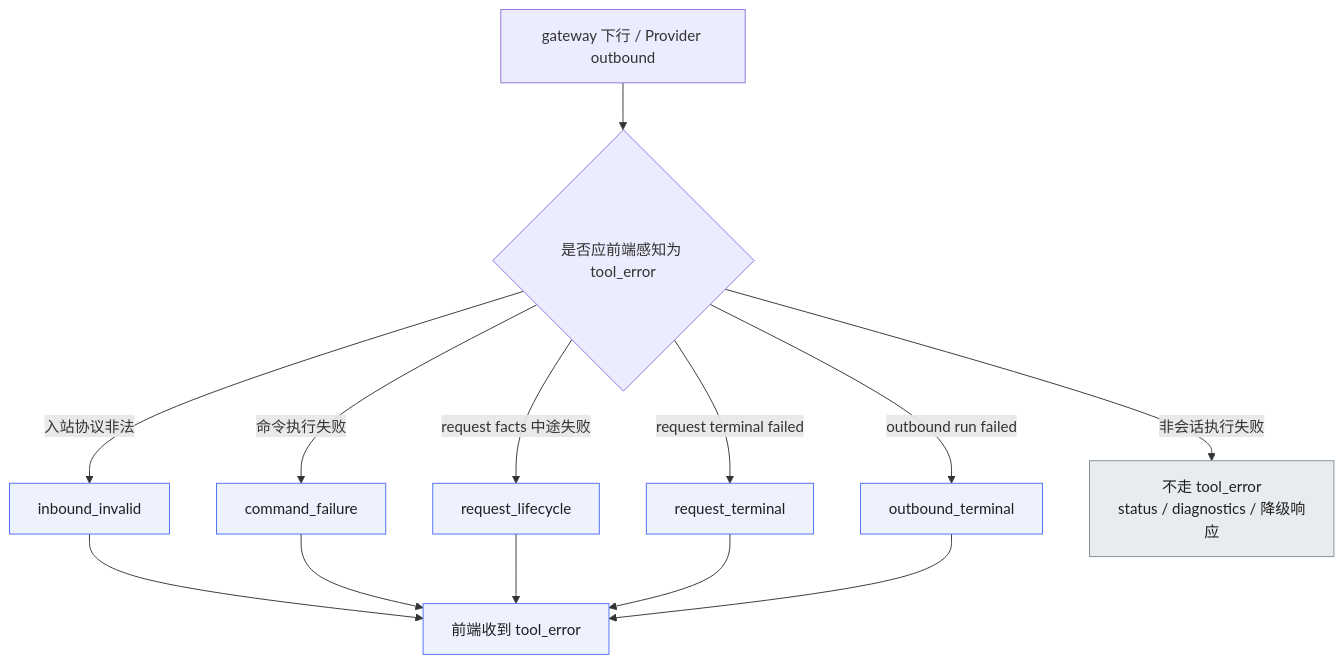
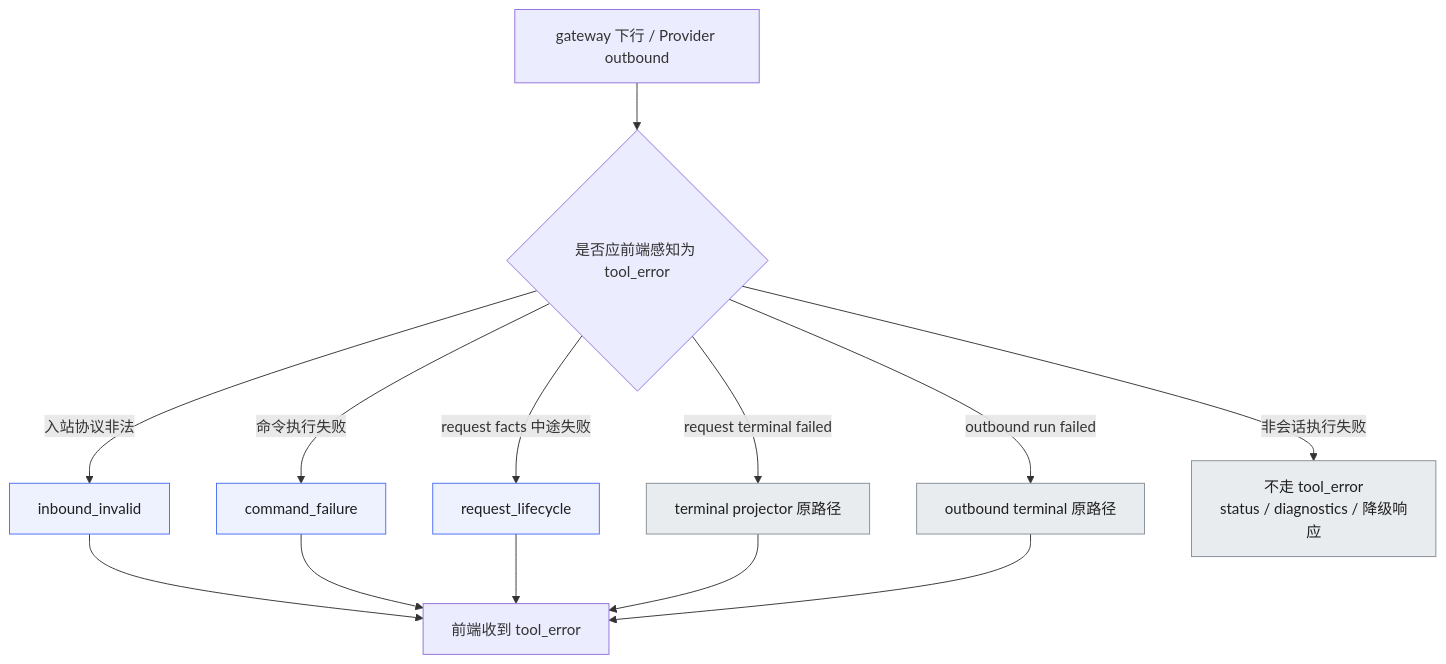
Before and after one commit to yuzhangCZ/agent-plugin: the first of 3 diagrams in docs/design/bridge-runtime-sdk-tool-error-stage-matrix.md, drawn with Mermaid. The commit also changed other lines of this file and 4 other files, not shown here.

````diff
--- a/docs/design/bridge-runtime-sdk-tool-error-stage-matrix.md
+++ b/docs/design/bridge-runtime-sdk-tool-error-stage-matrix.md
@@ -42,20 +40,21 @@
 ```mermaid
 flowchart TD
     A["gateway 下行 / Provider outbound"] --> B{"是否应前端感知为 tool_error"}
     B -->|入站协议非法| C["inbound_invalid"]
     B -->|命令执行失败| D["command_failure"]
     B -->|request facts 中途失败| E["request_lifecycle"]
-    B -->|request terminal failed| F["request_terminal"]
-    B -->|outbound run failed| G["outbound_terminal"]
+    B -->|request terminal failed| F["terminal projector 原路径"]
+    B -->|outbound run failed| G["outbound terminal 原路径"]
     B -->|非会话执行失败| H["不走 tool_error<br/>status / diagnostics / 降级响应"]
     C --> Z["前端收到 tool_error"]
     D --> Z
     E --> Z
     F --> Z
     G --> Z
 
     classDef report fill:#eef2ff,stroke:#4c6ef5,color:#1f1f1f;
     classDef noReport fill:#e9ecef,stroke:#868e96,color:#1f1f1f;
-    class C,D,E,F,G,Z report;
+    class C,D,E report;
+    class F,G,H noReport;
     class H noReport;
 ```
````
